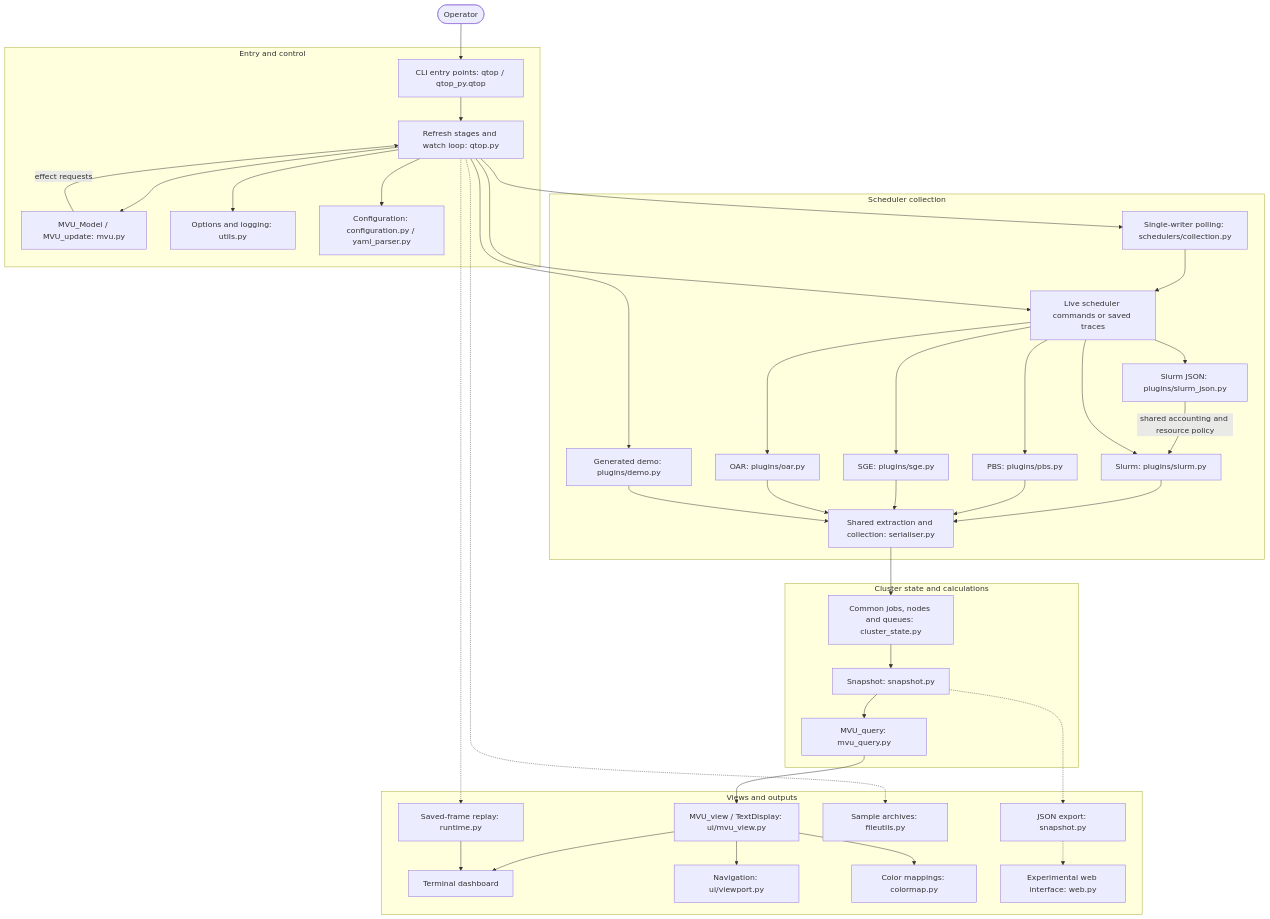
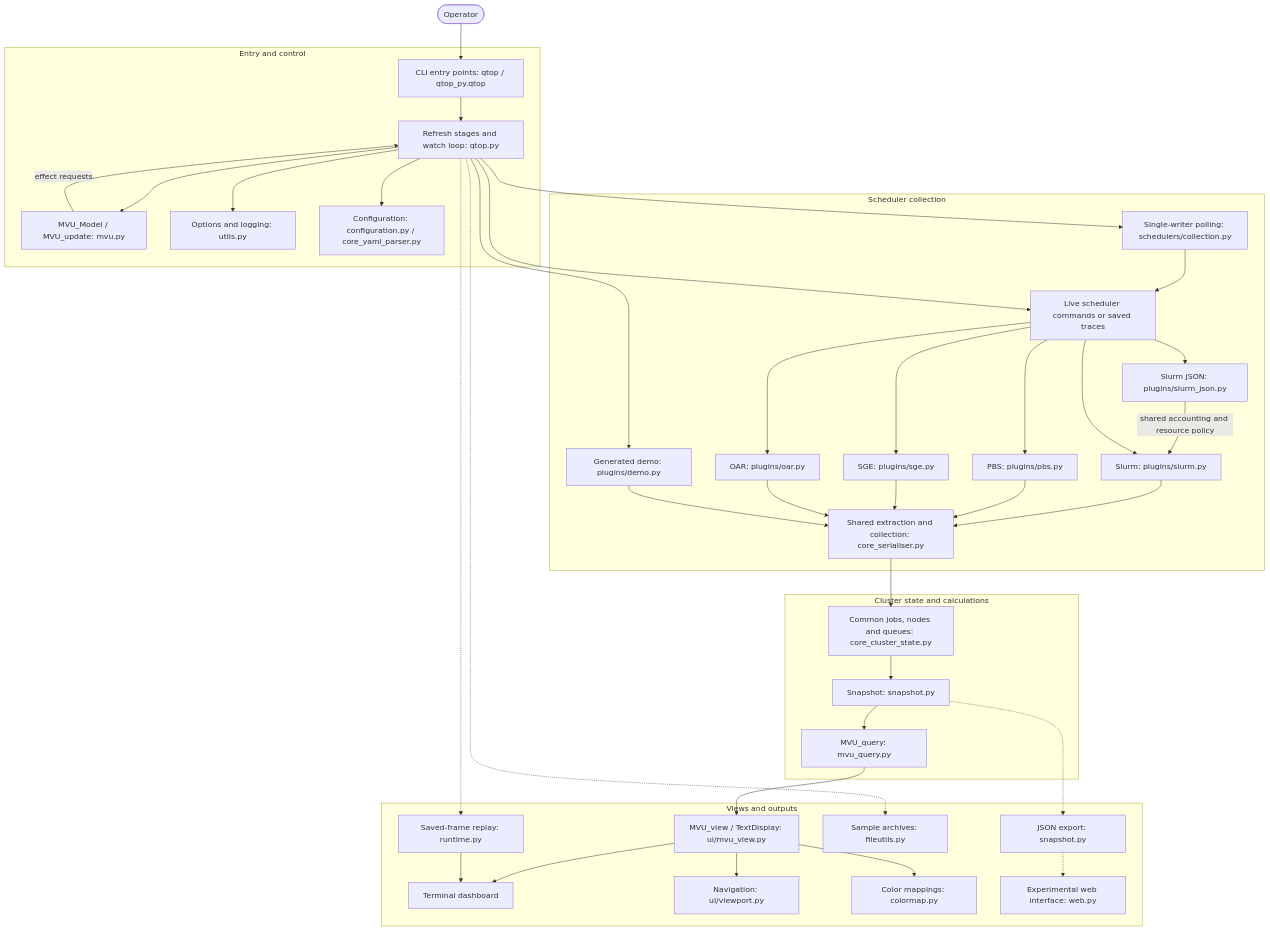
The diagram in docs/architecture.md (qtop/qtop), drawn with Mermaid before and after one commit. The commit also changed other lines of this file and 75 other files, not shown here.

````diff
--- a/docs/architecture.md
+++ b/docs/architecture.md
@@ -21,74 +21,74 @@
 ```mermaid
 flowchart TB
     operator([Operator])
 
     subgraph entry["Entry and control"]
         cli["CLI entry points: qtop / qtop_py.qtop"]
         runtime["Refresh stages and watch loop: qtop.py"]
         update["MVU_Model / MVU_update: mvu.py"]
         runtime --> update
         update -->|effect requests| runtime
         options["Options and logging: utils.py"]
-        config["Configuration: configuration.py / yaml_parser.py"]
+        config["Configuration: configuration.py / core_yaml_parser.py"]
         cli --> runtime
         runtime --> options
         runtime --> config
     end
     operator --> cli
 
     subgraph collection["Scheduler collection"]
         files["Live scheduler commands or saved traces"]
         slurm["Slurm: plugins/slurm.py"]
         slurmjson["Slurm JSON: plugins/slurm_json.py"]
         poller["Single-writer polling: schedulers/collection.py"]
         poller --> files
         files --> slurmjson
         slurmjson -->|shared accounting and resource policy| slurm
         pbs["PBS: plugins/pbs.py"]
         sge["SGE: plugins/sge.py"]
         oar["OAR: plugins/oar.py"]
         demo["Generated demo: plugins/demo.py"]
-        shared["Shared extraction and collection: serialiser.py"]
+        shared["Shared extraction and collection: core_serialiser.py"]
         files --> slurm
         files --> pbs
         files --> sge
         files --> oar
         slurm --> shared
         pbs --> shared
         sge --> shared
         oar --> shared
         demo --> shared
     end
     runtime --> poller
     runtime --> files
     runtime --> demo
 
     subgraph state["Cluster state and calculations"]
-        model["Common jobs, nodes and queues: cluster_state.py"]
+        model["Common jobs, nodes and queues: core_cluster_state.py"]
         snapshot["Snapshot: snapshot.py"]
         calculations["MVU_query: mvu_query.py"]
         model --> snapshot
         snapshot --> calculations
     end
     shared --> model
 
     subgraph outputs["Views and outputs"]
         render["MVU_view / TextDisplay: ui/mvu_view.py"]
         terminal["Terminal dashboard"]
         viewport["Navigation: ui/viewport.py"]
         colors["Color mappings: colormap.py"]
         json["JSON export: snapshot.py"]
         capture["Sample archives: fileutils.py"]
         replay["Saved-frame replay: runtime.py"]
         web["Experimental web interface: web.py"]
         render --> terminal
         render --> viewport
         render --> colors
         json -.-> web
         replay --> terminal
     end
     calculations --> render
     snapshot -.-> json
     runtime -.-> capture
     runtime -.-> replay
 ```
````
